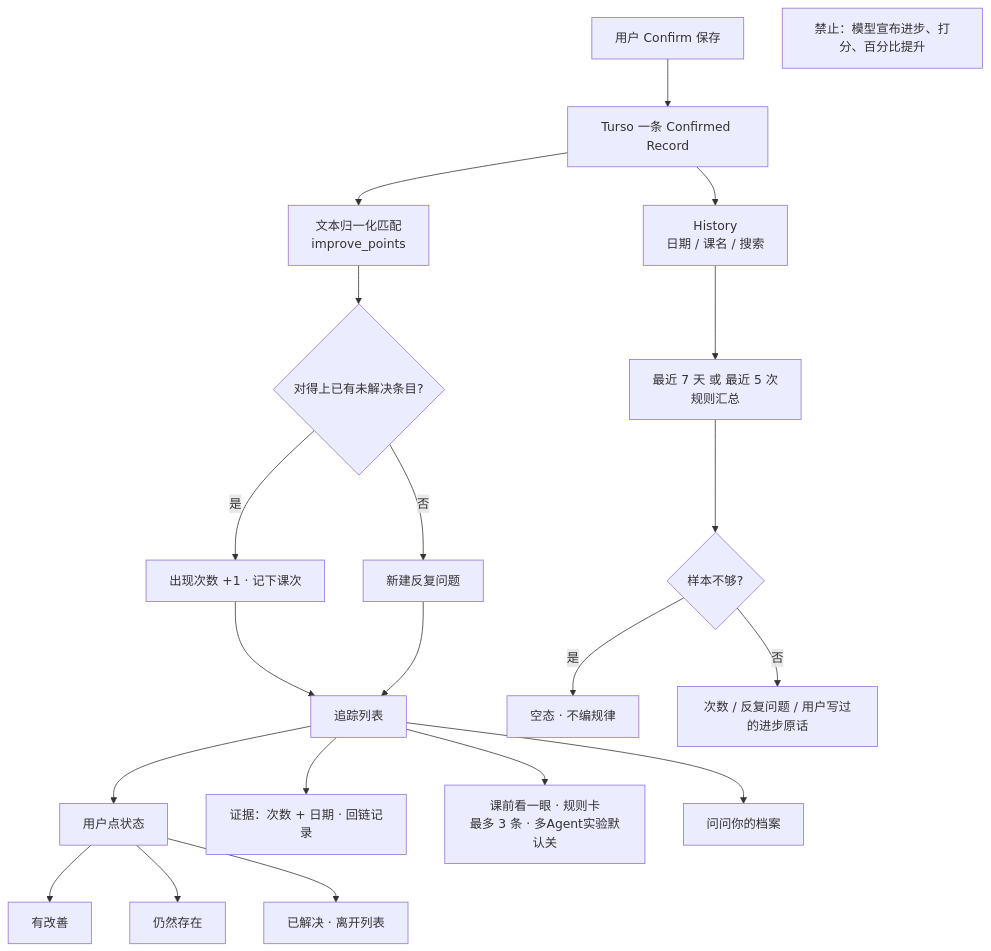
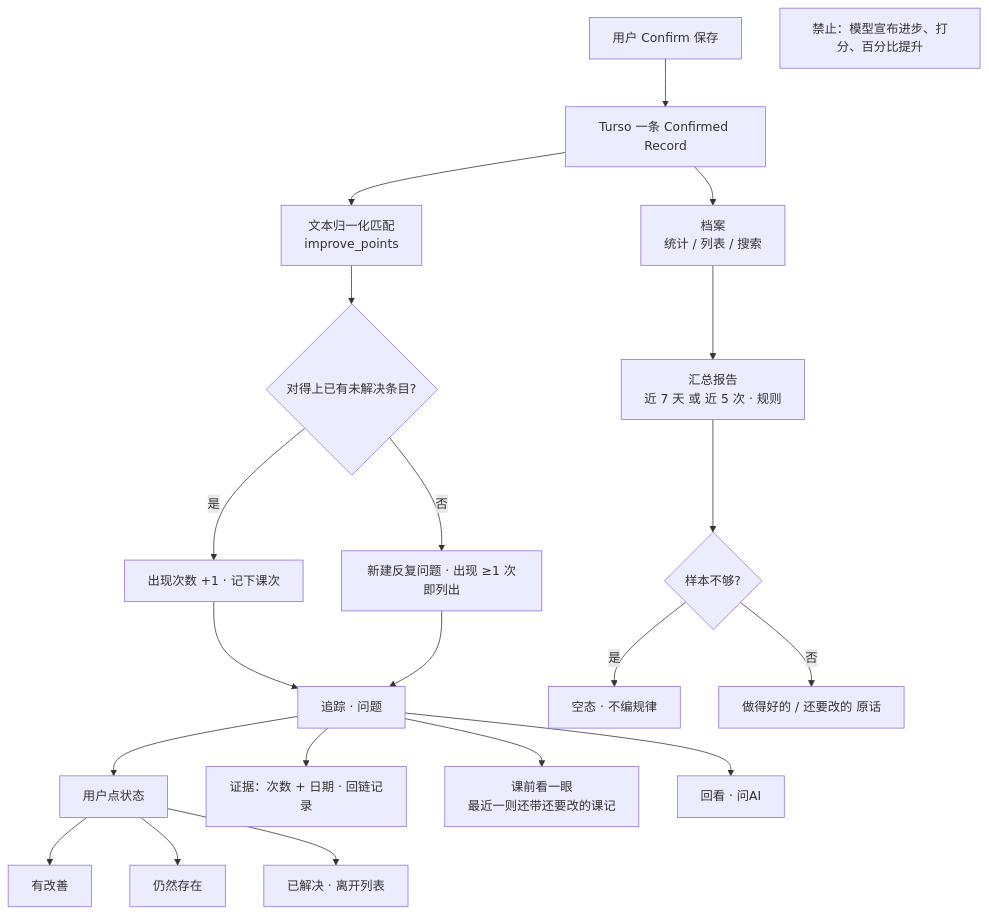
One commit to zuoyingchang/balletmind-app changed the fourth of 6 diagrams in docs/pm_docs/2.0_User_Flow.md. Above: the diagram before and after it, drawn with Mermaid. The commit also changed other lines of this file and 26 other files, not shown here.

Commit message:
Update 2.0 docs and flow diagrams; add a rule not to commit or push without asking.

````diff
--- a/docs/pm_docs/2.0_User_Flow.md
+++ b/docs/pm_docs/2.0_User_Flow.md
@@ -114,28 +115,28 @@
 ```mermaid
 flowchart TD
   SAVE[用户 Confirm 保存] --> REC[Turso 一条 Confirmed Record]
-  REC --> HIST[History<br/>日期 / 课名 / 搜索]
+  REC --> HIST[档案<br/>统计 / 列表 / 搜索]
   REC --> MATCH[文本归一化匹配<br/>improve_points]
 
   MATCH --> NEW{对得上已有未解决条目?}
   NEW -->|是| BUMP[出现次数 +1 · 记下课次]
-  NEW -->|否| OPEN[新建反复问题]
+  NEW -->|否| OPEN[新建反复问题 · 出现 ≥1 次即列出]
 
-  BUMP --> LIST[追踪列表]
+  BUMP --> LIST[追踪 · 问题]
   OPEN --> LIST
   LIST --> ST[用户点状态]
   ST --> ST1[有改善]
   ST --> ST2[仍然存在]
   ST --> ST3[已解决 · 离开列表]
 
   LIST --> EVI[证据：次数 + 日期 · 回链记录]
-  LIST --> BRIEF[课前看一眼 · 规则卡<br/>最多 3 条 · 多Agent实验默认关]
-  LIST --> ASK[问问你的档案]
-  HIST --> WIN[最近 7 天 或 最近 5 次<br/>规则汇总]
+  LIST --> BRIEF[课前看一眼<br/>最近一则还带还要改的课记]
+  LIST --> ASK[回看 · 问AI]
+  HIST --> WIN[汇总报告<br/>近 7 天 或 近 5 次 · 规则]
 
   WIN --> EMPTY{样本不够?}
   EMPTY -->|是| ES[空态 · 不编规律]
-  EMPTY -->|否| SUM[次数 / 反复问题 / 用户写过的进步原话]
+  EMPTY -->|否| SUM[做得好的 / 还要改的 原话]
 
   NOTE[禁止：模型宣布进步、打分、百分比提升]
 ```
````
